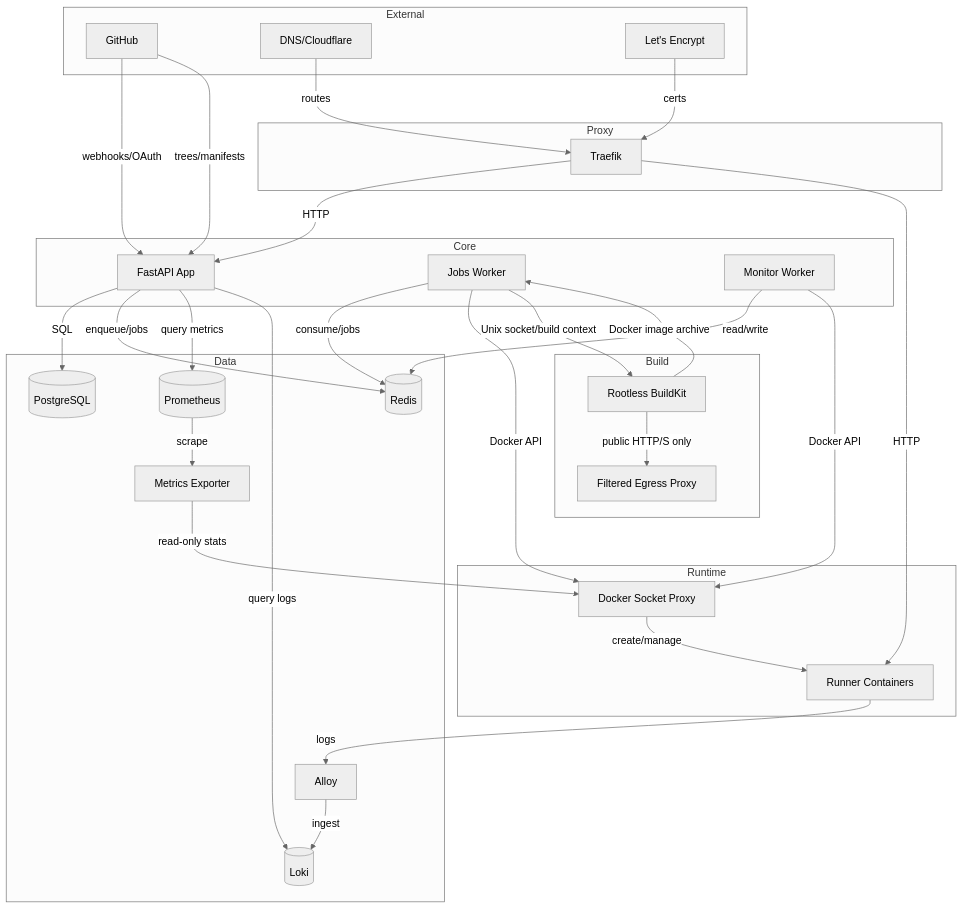
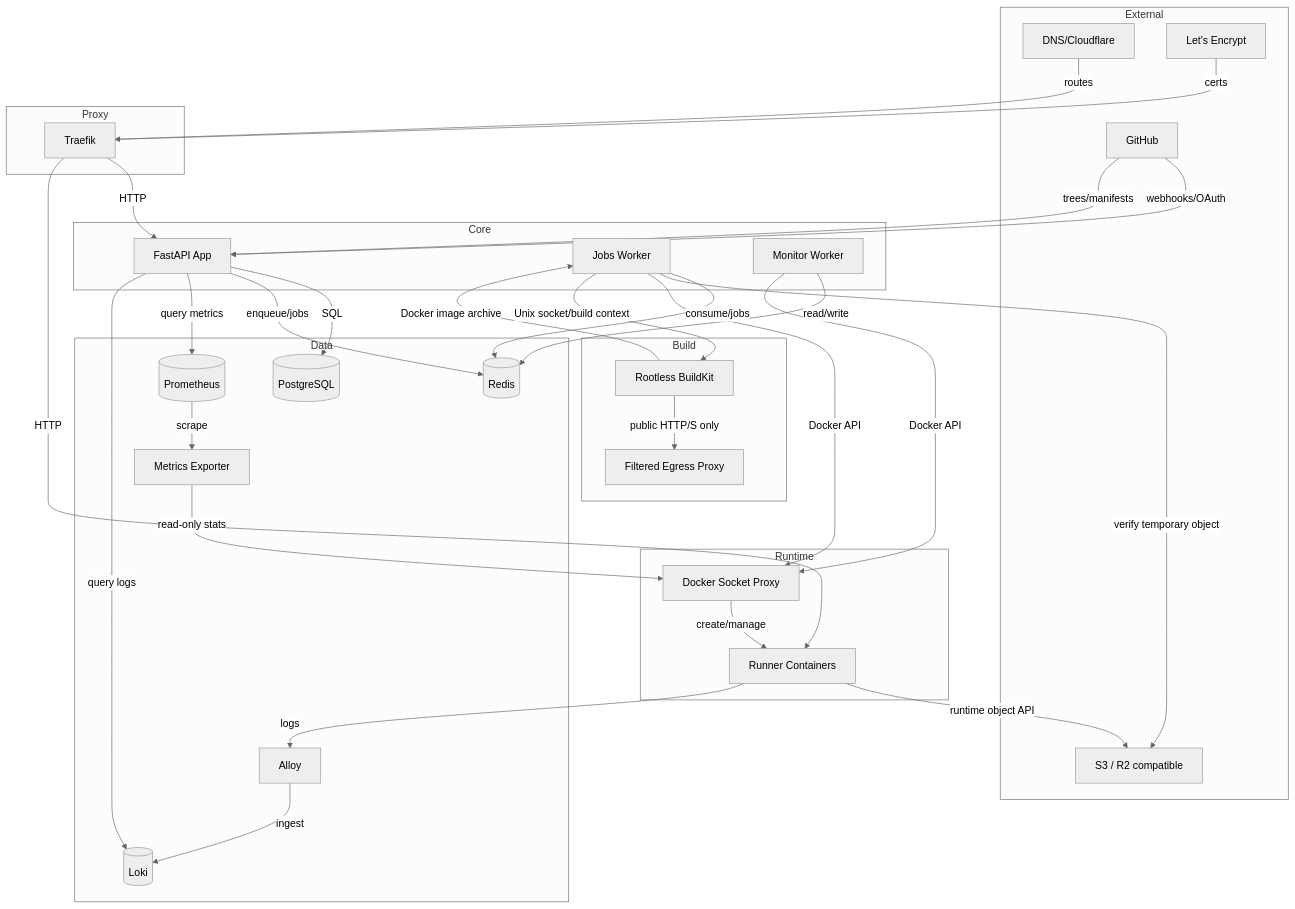
One commit to mayowaoladosu/devvpush changed the first of 2 diagrams in ARCHITECTURE.md. Above: the diagram before and after it, drawn with Mermaid (neutral theme). The commit also changed other lines of this file and 36 other files, not shown here.

````diff
--- a/ARCHITECTURE.md
+++ b/ARCHITECTURE.md
@@ -48,60 +49,63 @@
 ```mermaid
 flowchart TB
   subgraph External
     GH[GitHub]
     DNS[DNS/Cloudflare]
     ACME[Let's Encrypt]
+    OBJ[S3 / R2 compatible]
   end
 
   subgraph Proxy
     T[Traefik]
   end
 
   subgraph Core
     A[FastAPI App]
     W[Jobs Worker]
     M[Monitor Worker]
   end
 
   subgraph Data
     PG[(PostgreSQL)]
     R[(Redis)]
     AL[Alloy]
     L[(Loki)]
     MX[Metrics Exporter]
     P[(Prometheus)]
   end
 
   subgraph Runtime
     DP[Docker Socket Proxy]
     RC[Runner Containers]
   end
 
   subgraph Build
     BK[Rootless BuildKit]
     EP[Filtered Egress Proxy]
   end
 
   GH -- webhooks/OAuth --> A
   GH -- trees/manifests --> A
   DNS -- routes --> T
   ACME -- certs --> T
   T -- HTTP --> A
   T -- HTTP --> RC
   A -- SQL --> PG
   A -- enqueue/jobs --> R
   W -- consume/jobs --> R
+  W -- verify temporary object --> OBJ
   M -- read/write --> R
   W -- Docker API --> DP
   W -- Unix socket/build context --> BK
   BK -- Docker image archive --> W
   BK -- public HTTP/S only --> EP
   M -- Docker API --> DP
   DP -- create/manage --> RC
+  RC -- runtime object API --> OBJ
   MX -- read-only stats --> DP
   P -- scrape --> MX
   A -- query metrics --> P
   RC -- logs --> AL
   AL -- ingest --> L
   A -- query logs --> L
 ```
````
